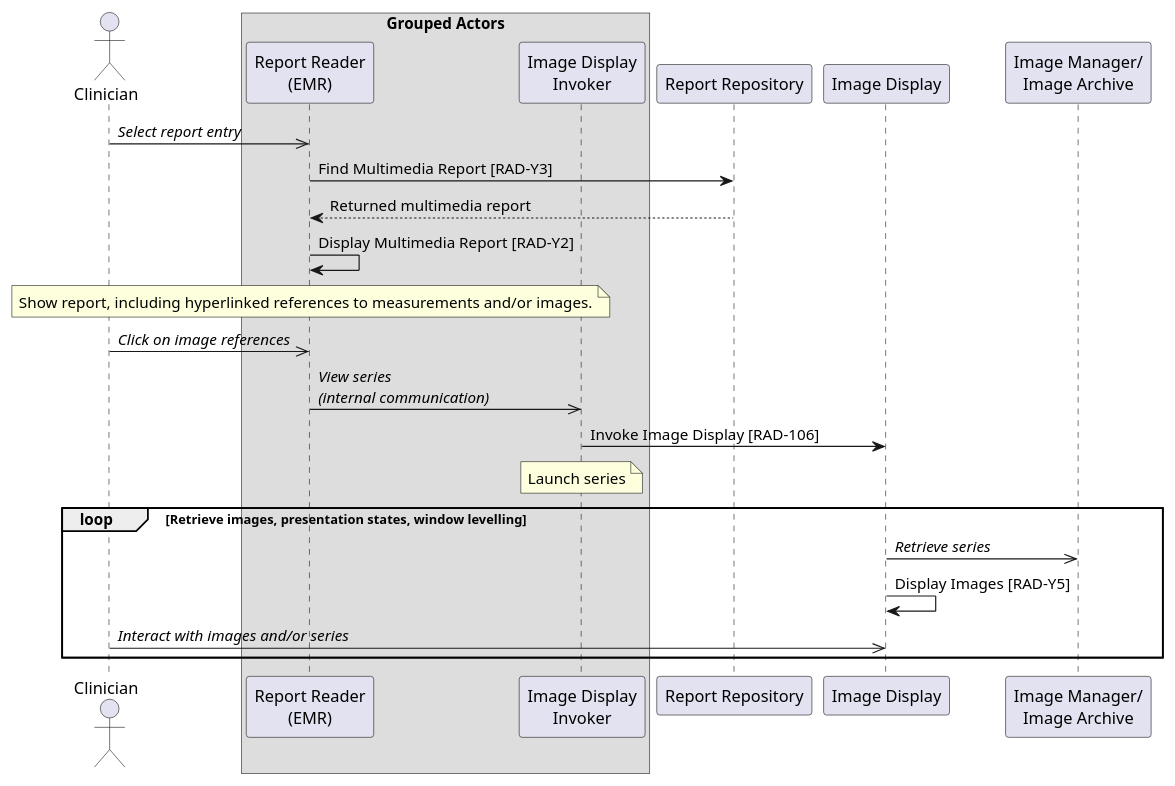
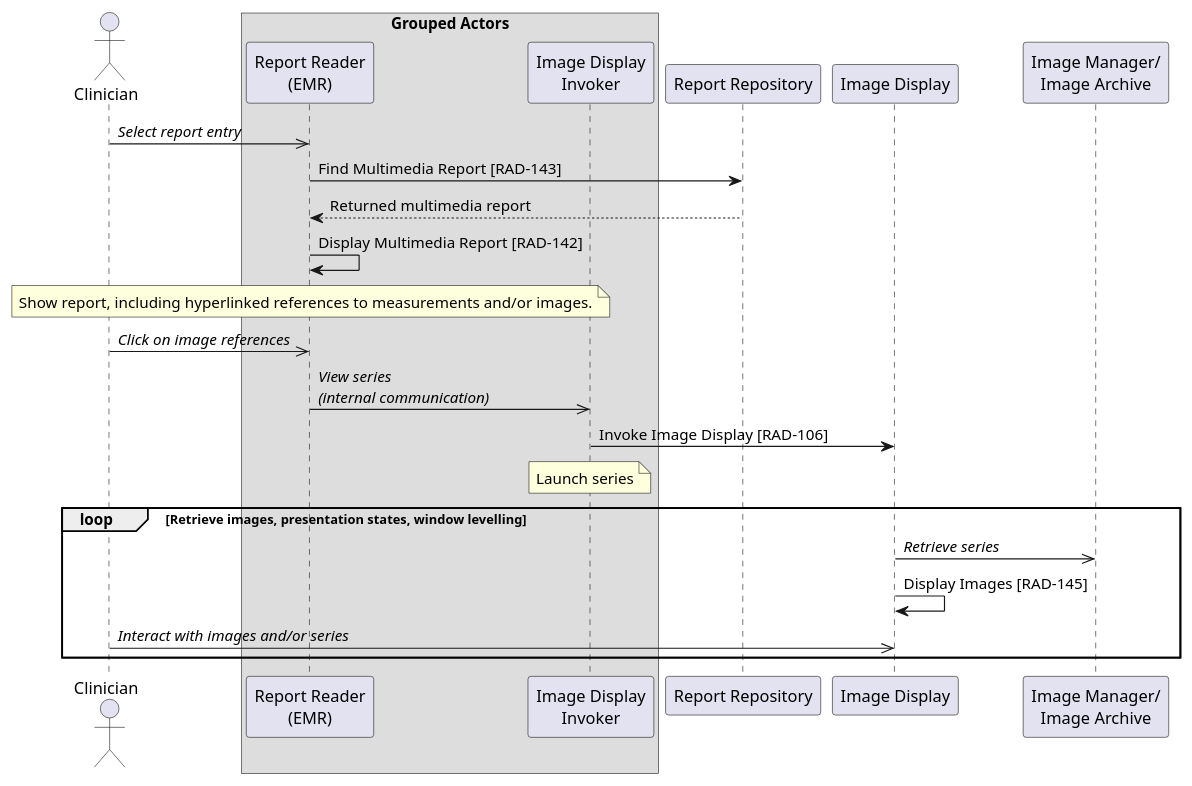
The diagram in input/images-source/uc4-presenting-interactive-report-EMR.plantuml (IHE/RAD.IMR), drawn with PlantUML before and after one commit. The commit also changed 21 other files, not shown here.

```diff
--- a/input/images-source/uc4-presenting-interactive-report-EMR.plantuml
+++ b/input/images-source/uc4-presenting-interactive-report-EMR.plantuml
@@ -1,38 +1,38 @@
 @startuml
 
 actor Clinician as Clinician
 
 box Grouped Actors
 participant "Report Reader\n(EMR)" as EMR
 participant "Image Display\nInvoker" as Invoker
 end box
 
 participant "Report Repository" as Repo
 
 participant "Image Display" as Display
 participant "Image Manager/\nImage Archive" as Archive
 
 Clinician->>EMR: //Select report entry//
 
-EMR->Repo: Find Multimedia Report [RAD-Y3]
+EMR->Repo: Find Multimedia Report [RAD-143]
 Repo-->EMR: Returned multimedia report
-EMR->EMR: Display Multimedia Report [RAD-Y2]
+EMR->EMR: Display Multimedia Report [RAD-142]
 note over EMR
 Show report, including hyperlinked references to measurements and/or images.
 end note
 
 Clinician->>EMR: //Click on image references//
 EMR->>Invoker: //View series//\n//(internal communication)//
 Invoker->Display: Invoke Image Display [RAD-106]
 note over Invoker
 Launch series
 end note
 
 loop Retrieve images, presentation states, window levelling
 Display->>Archive: //Retrieve series//
-Display->Display: Display Images [RAD-Y5]
+Display->Display: Display Images [RAD-145]
 
 Clinician->>Display: //Interact with images and/or series//
 end loop
 
 @enduml
```
